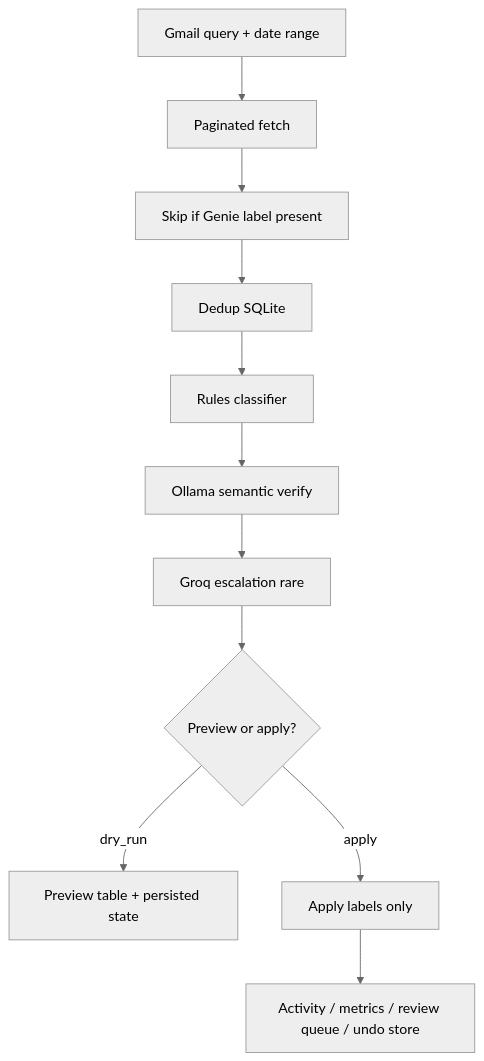
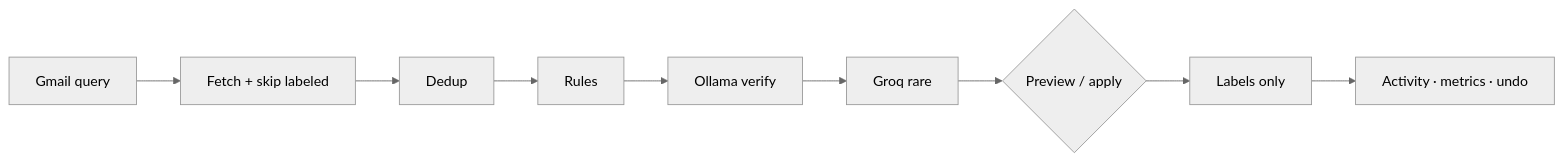
The diagram in README.md (Lyxbash/gmail-genie), drawn with Mermaid (neutral theme) before and after one commit. The commit also changed other lines of this file and 2 other files, not shown here.

````diff
--- a/README.md
+++ b/README.md
@@ -103,13 +63,11 @@
 ```mermaid
-flowchart TD
-  Q[Gmail query + date range] --> F[Paginated fetch]
-  F --> L[Skip if Genie label present]
-  L --> D[Dedup SQLite]
-  D --> R[Rules classifier]
-  R --> S[Ollama semantic verify]
-  S --> G[Groq escalation rare]
-  G --> P{Preview or apply?}
-  P -->|dry_run| PV[Preview table + persisted state]
-  P -->|apply| A[Apply labels only]
-  A --> U[Activity / metrics / review queue / undo store]
+flowchart LR
+  Q[Gmail query] --> F[Fetch + skip labeled]
+  F --> D[Dedup]
+  D --> R[Rules]
+  R --> O[Ollama verify]
+  O --> G[Groq rare]
+  G --> P{Preview / apply}
+  P --> L[Labels only]
+  L --> U[Activity · metrics · undo]
 ```
````
